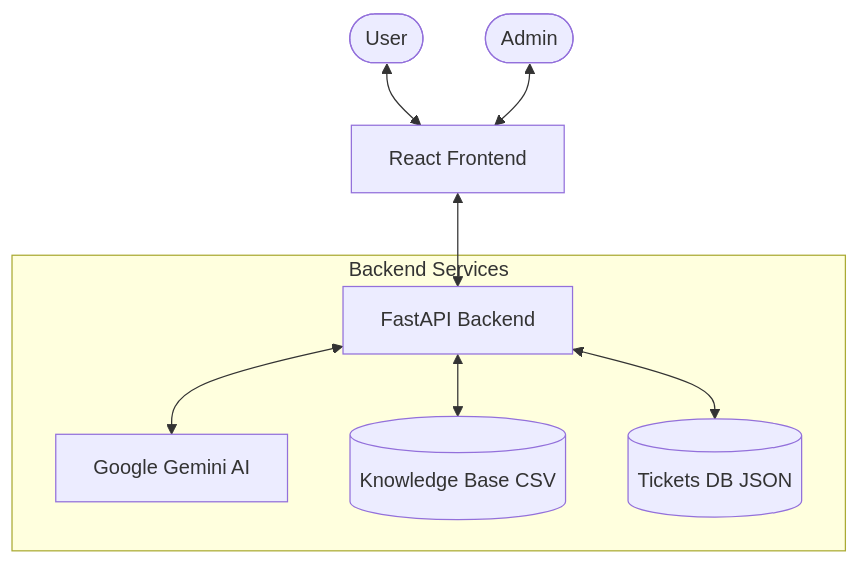
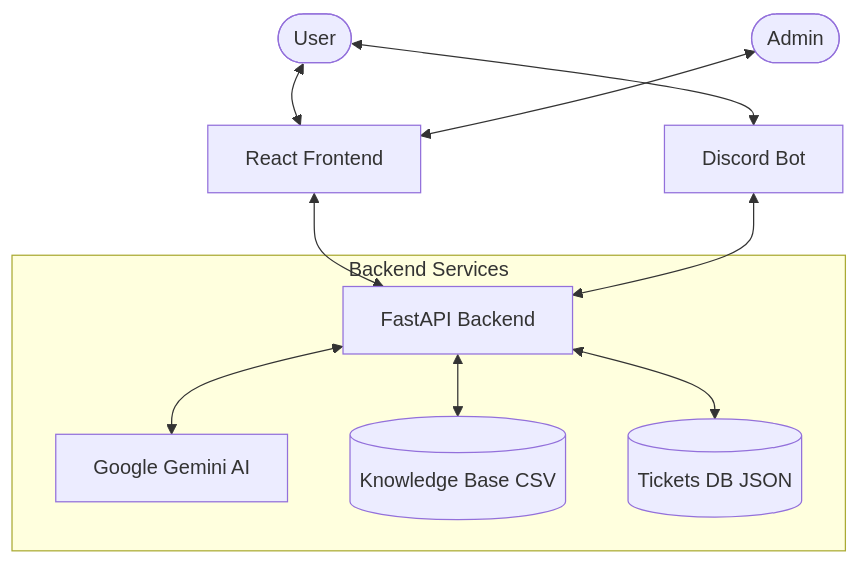
Before and after one commit to SHIRONEKO1121/LoopBack_AI: the first of 2 diagrams in README.md, drawn with Mermaid. The commit also changed other lines of this file, not shown here.

Commit message:
Updated README.md for Discord bot logic

````diff
--- a/README.md
+++ b/README.md
@@ -24,13 +28,15 @@
 ```mermaid
 graph TD
     User([User]) <--> Frontend[React Frontend]
+    User([User]) <--> Discord[Discord Bot]
     Frontend <--> API[FastAPI Backend]
+    Discord <--> API
     
     subgraph Backend Services
         API <--> AI[Google Gemini AI]
         API <--> KB[(Knowledge Base CSV)]
         API <--> DB[(Tickets DB JSON)]
     end
     
     Admin([Admin]) <--> Frontend
 ```
````
